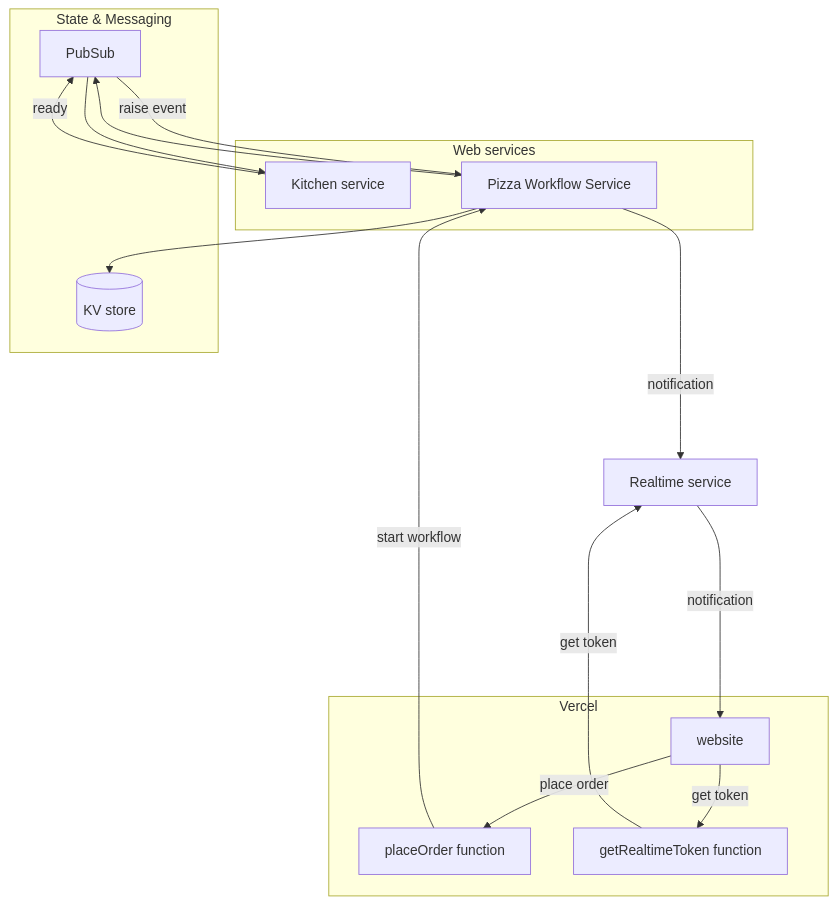
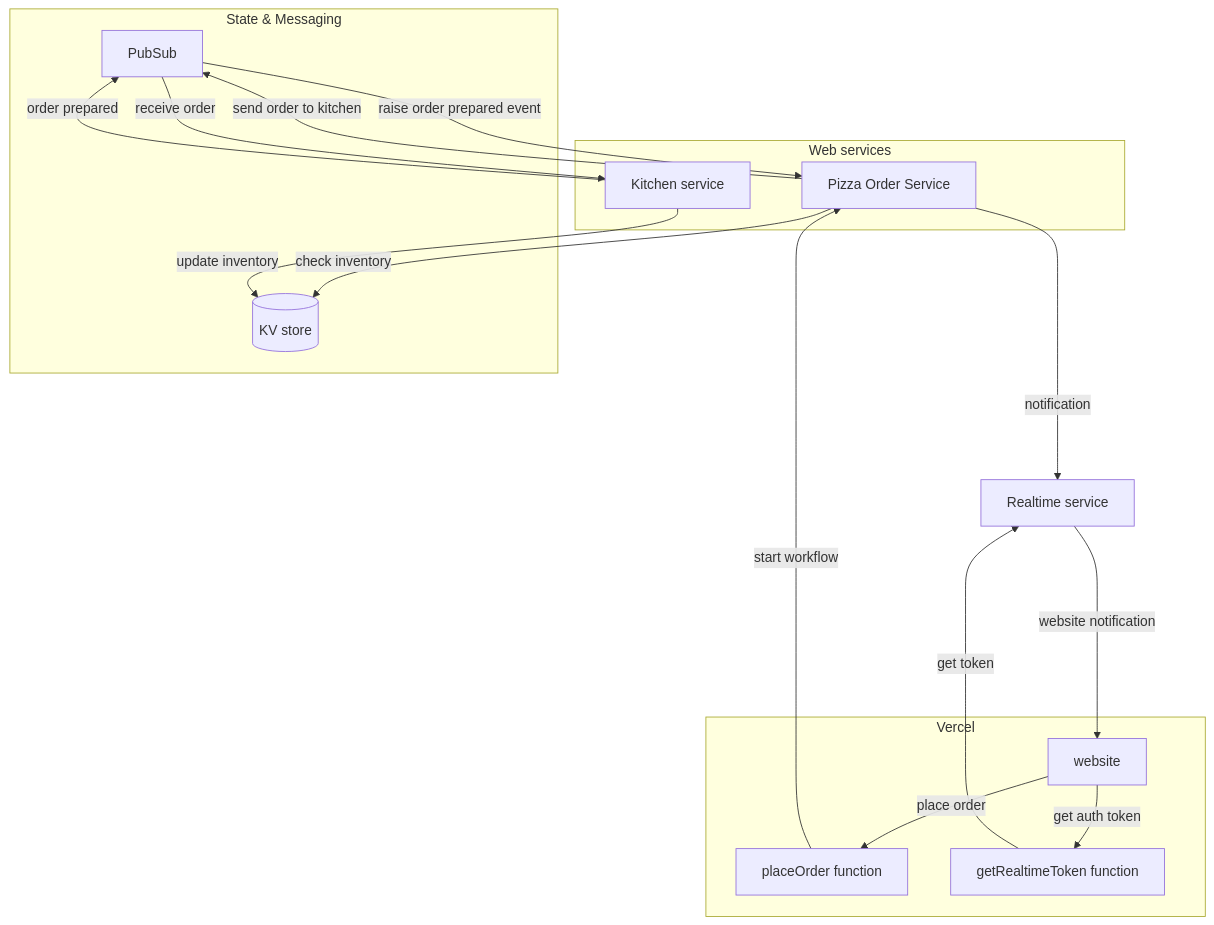
One commit to diagrid-labs/catalyst-pizza-demo changed the diagram in README.md. Above: the diagram before and after it, drawn with Mermaid.

Commit message:
Clarify arrows

````diff
--- a/README.md
+++ b/README.md
@@ -3,33 +3,34 @@
 ```mermaid
 graph TD
 
 subgraph State & Messaging
 	KV[(KV store)]
 	PS[PubSub]
 end
 
 subgraph Web services
 	KS[Kitchen service]
-	WF[Pizza Workflow Service]
+	WF[Pizza Order Service]
 end
 
 subgraph Vercel
 	W[website]
 	PF[placeOrder function]
 	RF[getRealtimeToken function]
 end
 
 RTS[Realtime service]
 
 W -->|place order| PF
-W --> |get token| RF
+W --> |get auth token| RF
 RF ---->|get token| RTS
 PF --> |start workflow|WF
-WF-->PS
-WF-->KV
-PS-->KS
+WF-->|send order to kitchen|PS
+WF-->|check inventory|KV
+KS-->|update inventory|KV
+PS-->|receive order|KS
 WF---->|notification|RTS
-KS-->|ready|PS
-PS-->|raise event|WF
-RTS ---->|notification| W
+KS-->|order prepared|PS
+PS-->|raise order prepared event|WF
+RTS ---->|website notification| W
 ```
````
